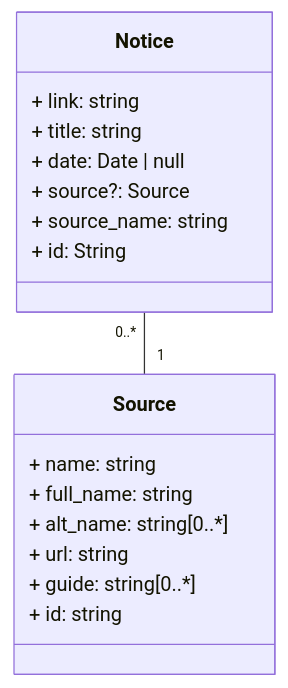
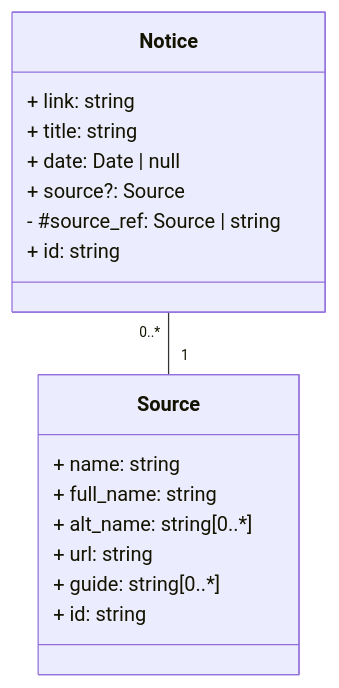
The fourth of 4 diagrams in documentation.md (YDX-2147483647/bulletin-issues-transferred), drawn with Mermaid before and after one commit. The commit also changed other lines of this file and 4 other files, not shown here.

Commit message:
Update doc, schema, etc.

````diff
--- a/documentation.md
+++ b/documentation.md
@@ -116,24 +116,24 @@
 ```mermaid
 classDiagram
     class Notice {
         + link: string
         + title: string
         + date: Date | null
         + source?: Source
-        + source_name: string
+        - #source_ref: Source | string
 
-        + id: String
+        + id: string
     }
 
     class Source {
         + name: string
         + full_name: string
         + alt_name: string[0..*]
         + url: string
         + guide: string[0..*]
 
         + id: string
     }
 
     Notice "0..*" -- "1" Source
 ```
````
